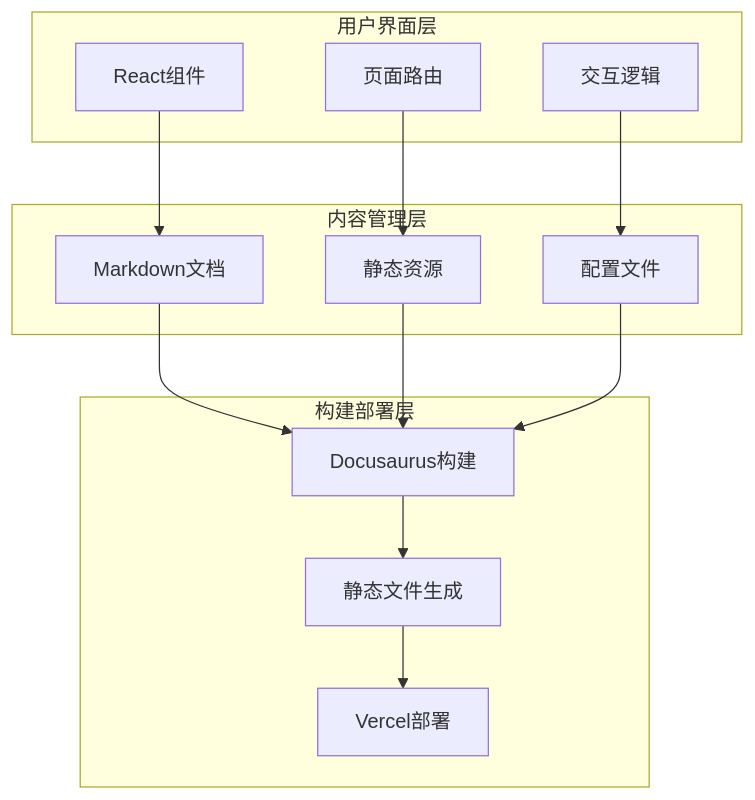
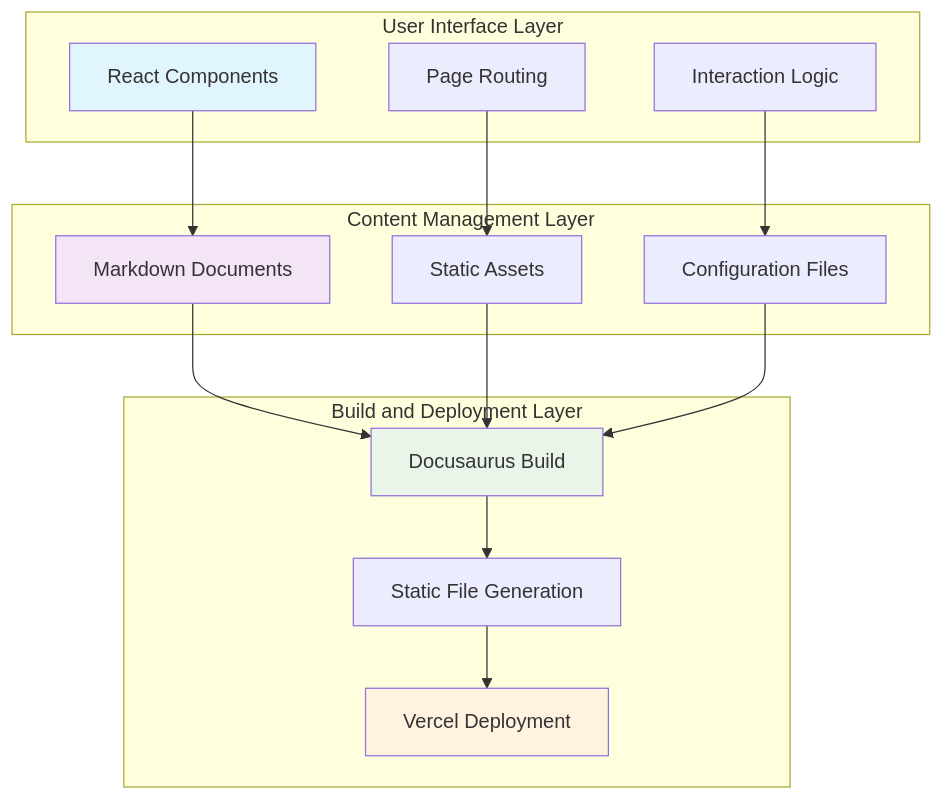
Before and after one commit to ChanMeng666/ai-programming-teaching-project: the fourth of 6 diagrams in versioned_docs/version-2024-winter/advanced/cases/sasa-project.mdx, drawn with Mermaid. The commit also changed other lines of this file and 472 other files, not shown here.

````diff
--- a/versioned_docs/version-2024-winter/advanced/cases/sasa-project.mdx
+++ b/versioned_docs/version-2024-winter/advanced/cases/sasa-project.mdx
@@ -208,29 +218,34 @@
 ```mermaid
 graph TB
-    subgraph "用户界面层"
-        A[React组件]
-        B[页面路由]
-        C[交互逻辑]
+    subgraph "User Interface Layer"
+        A[React Components]
+        B[Page Routing]
+        C[Interaction Logic]
     end
-    
-    subgraph "内容管理层"
-        D[Markdown文档]
-        E[静态资源]
-        F[配置文件]
+
+    subgraph "Content Management Layer"
+        D[Markdown Documents]
+        E[Static Assets]
+        F[Configuration Files]
     end
-    
-    subgraph "构建部署层"
-        G[Docusaurus构建]
-        H[静态文件生成]
-        I[Vercel部署]
+
+    subgraph "Build and Deployment Layer"
+        G[Docusaurus Build]
+        H[Static File Generation]
+        I[Vercel Deployment]
     end
-    
+
     A --> D
     B --> E
     C --> F
     D --> G
     E --> G
     F --> G
     G --> H
     H --> I
+
+    style A fill:#e1f5fe
+    style D fill:#f3e5f5
+    style G fill:#e8f5e8
+    style I fill:#fff3e0
 ```
````
